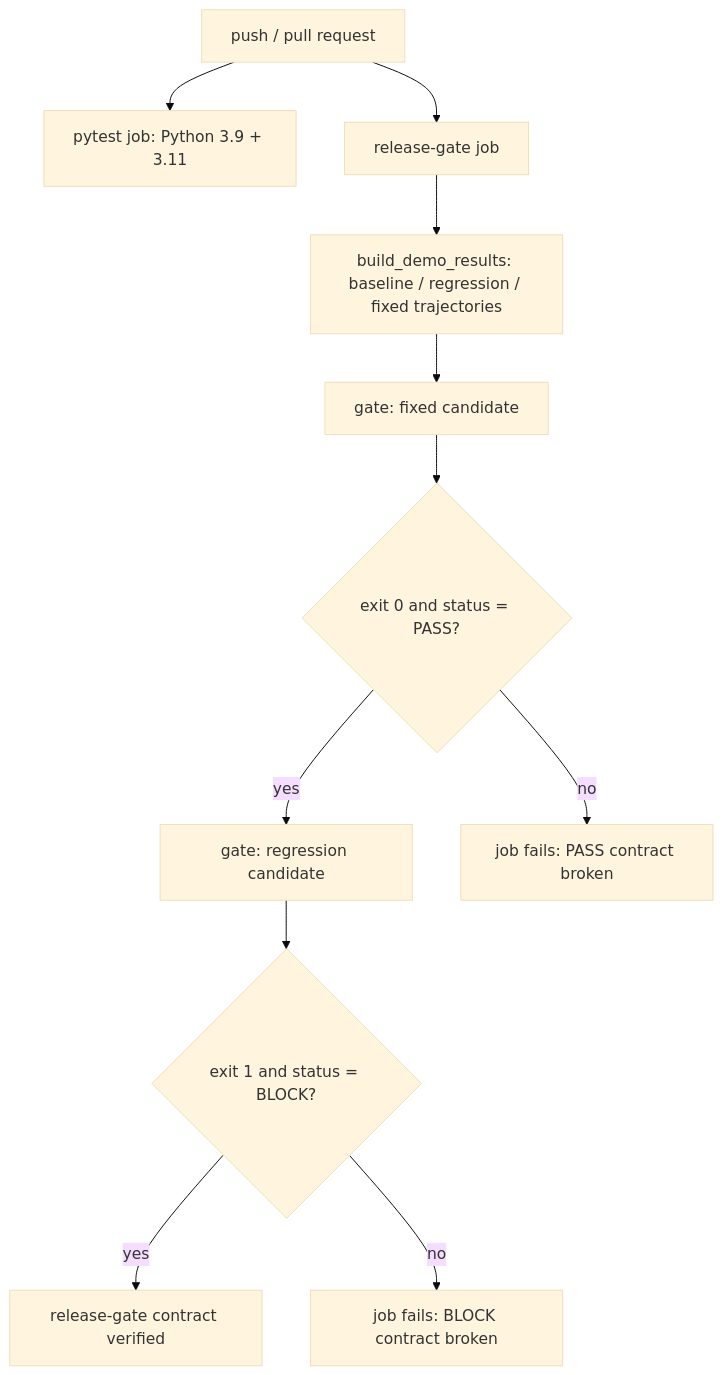
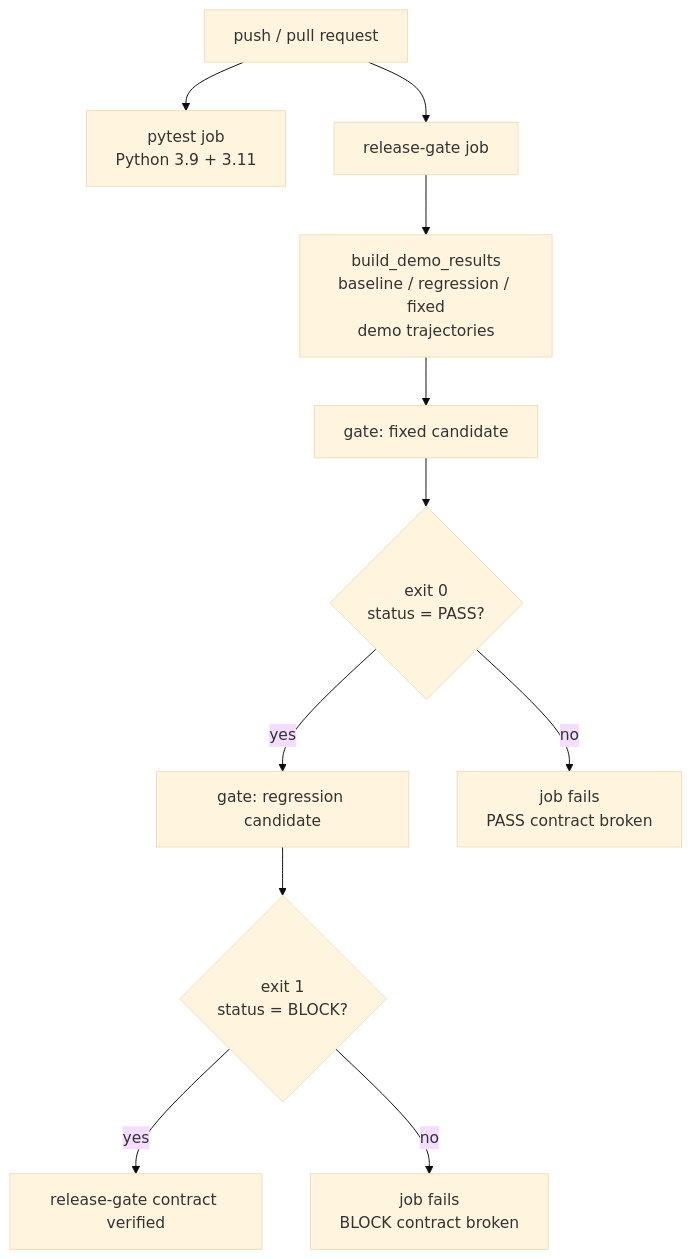
One commit to Ricardu255/TrajectEvo changed the diagram in README.md. Above: the diagram before and after it, drawn with Mermaid (base theme). The commit also changed 1 other file, not shown here.

Commit message:
Wrap long mermaid labels so narrow renderers show full text

````diff
--- a/README.md
+++ b/README.md
@@ -119,13 +119,13 @@
 ```mermaid
 flowchart TD
-    Trigger["push / pull request"] --> Pytest["pytest job: Python 3.9 + 3.11"]
+    Trigger["push / pull request"] --> Pytest["pytest job<br/>Python 3.9 + 3.11"]
     Trigger --> Gate["release-gate job"]
-    Gate --> Gen["build_demo_results: baseline / regression / fixed trajectories"]
+    Gate --> Gen["build_demo_results<br/>baseline / regression / fixed<br/>demo trajectories"]
     Gen --> FixedGate["gate: fixed candidate"]
-    FixedGate --> PassCheck{"exit 0 and status = PASS?"}
+    FixedGate --> PassCheck{"exit 0<br/>status = PASS?"}
     PassCheck -- "yes" --> RegGate["gate: regression candidate"]
-    PassCheck -- "no" --> Fail1["job fails: PASS contract broken"]
-    RegGate --> BlockCheck{"exit 1 and status = BLOCK?"}
+    PassCheck -- "no" --> Fail1["job fails<br/>PASS contract broken"]
+    RegGate --> BlockCheck{"exit 1<br/>status = BLOCK?"}
     BlockCheck -- "yes" --> Ok["release-gate contract verified"]
-    BlockCheck -- "no" --> Fail2["job fails: BLOCK contract broken"]
+    BlockCheck -- "no" --> Fail2["job fails<br/>BLOCK contract broken"]
 ```
````
